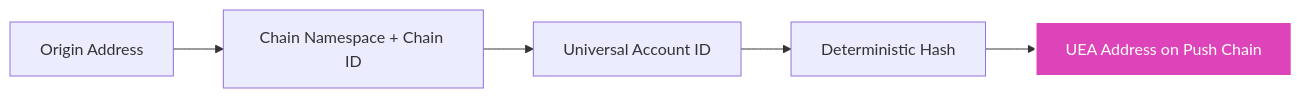
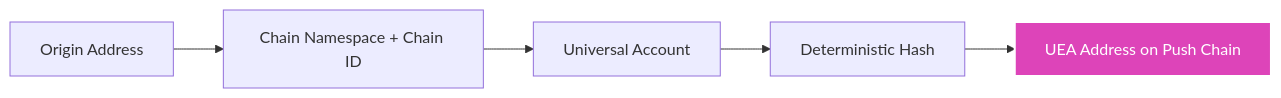
Before and after one commit to VirenPanchal18/push-website: the second of 3 diagrams in docs/chain/01-tutorials/02-power-features/02-Tutorial-Derive-Universal-Executor-Account.mdx, drawn with Mermaid. The commit also changed other lines of this file and 6 other files, not shown here.

````diff
--- a/docs/chain/01-tutorials/02-power-features/02-Tutorial-Derive-Universal-Executor-Account.mdx
+++ b/docs/chain/01-tutorials/02-power-features/02-Tutorial-Derive-Universal-Executor-Account.mdx
@@ -489,9 +304,9 @@
 ```mermaid
 flowchart LR
     A[Origin Address] --> B[Chain Namespace + Chain ID]
-    B --> C[Universal Account ID]
+    B --> C[Universal Account]
     C --> D[Deterministic Hash]
     D --> E[UEA Address on Push Chain]
     
     style E fill:#dd44b9,stroke:#fff,stroke-width:2px,color:#fff
 ```
````
